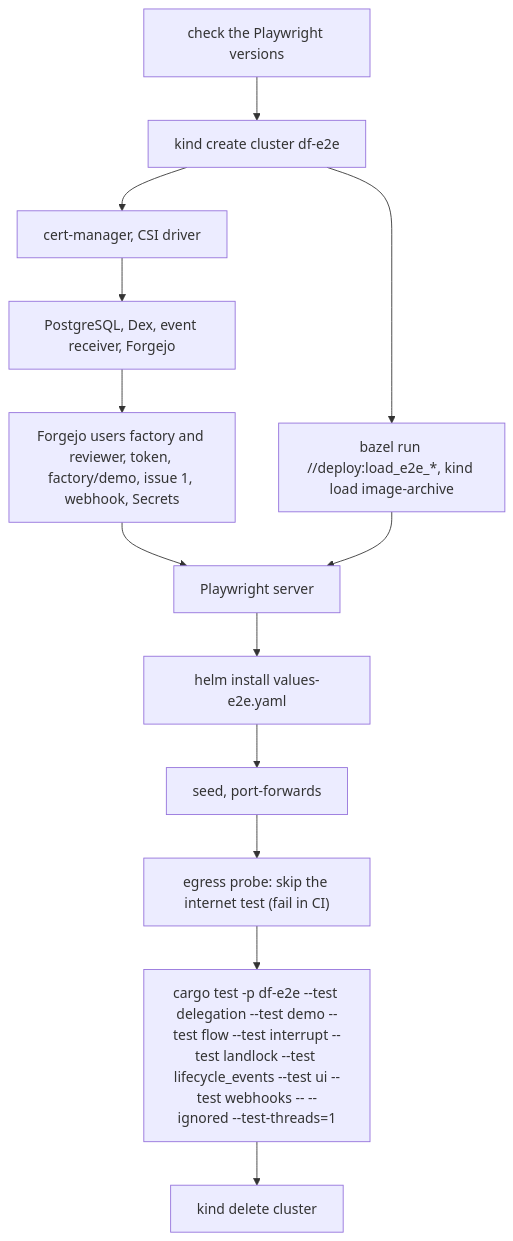
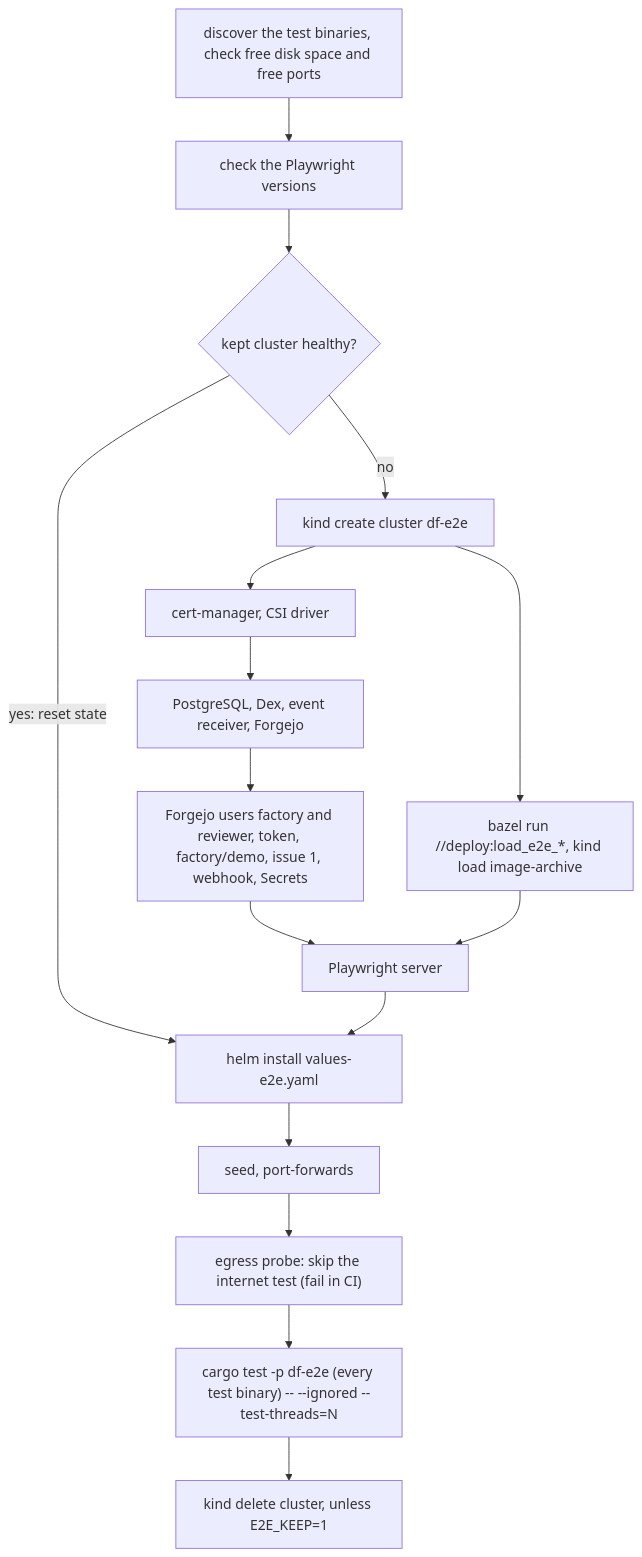
One commit to prskr/dark-factory changed the diagram in docs/demo.md. Above: the diagram before and after it, drawn with Mermaid. The commit also changed other lines of this file and 59 other files, not shown here.

````diff
--- a/docs/demo.md
+++ b/docs/demo.md
@@ -27,15 +35,18 @@
 ```mermaid
 flowchart TD
-    V[check the Playwright versions] --> A[kind create cluster df-e2e]
+    L["discover the test binaries, check free disk space and free ports"] --> V[check the Playwright versions]
+    V --> R{"kept cluster healthy?"}
+    R -- "yes: reset state" --> E
+    R -- no --> A[kind create cluster df-e2e]
     A --> B[cert-manager, CSI driver]
     A --> I[bazel run //deploy:load_e2e_*, kind load image-archive]
     B --> C[PostgreSQL, Dex, event receiver, Forgejo]
     C --> D[Forgejo users factory and reviewer, token, factory/demo, issue 1, webhook, Secrets]
     D --> P[Playwright server]
     I --> P
     P --> E[helm install values-e2e.yaml]
     E --> F[seed, port-forwards]
     F --> X["egress probe: skip the internet test (fail in CI)"]
-    X --> G["cargo test -p df-e2e --test delegation --test demo --test flow --test interrupt --test landlock --test lifecycle_events --test ui --test webhooks -- --ignored --test-threads=1"]
-    G --> H[kind delete cluster]
+    X --> G["cargo test -p df-e2e (every test binary) -- --ignored --test-threads=N"]
+    G --> H[kind delete cluster, unless E2E_KEEP=1]
 ```
````
